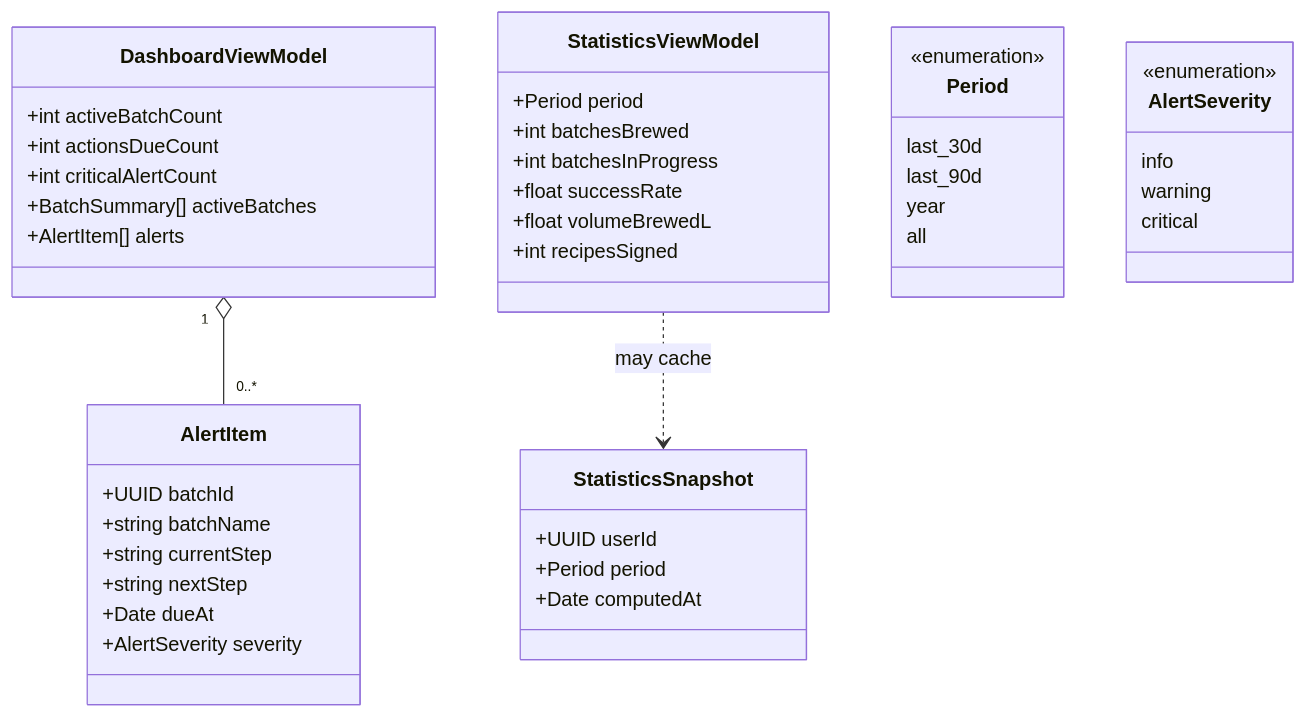
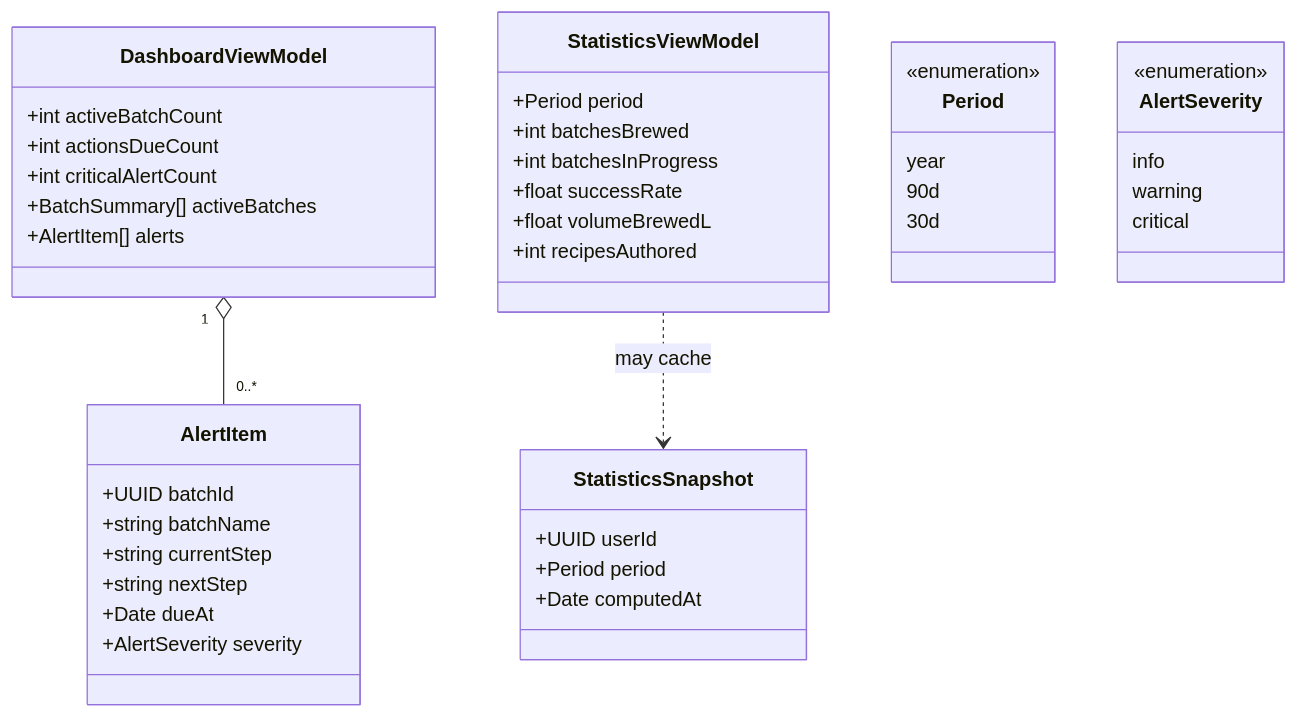
Before and after one commit to benoit-bremaud/brasse-bouillon: the diagram in docs/architecture/diagrams/dashboard/04-class.md, drawn with Mermaid. The commit also changed other lines of this file and 3 other files, not shown here.

````diff
--- a/docs/architecture/diagrams/dashboard/04-class.md
+++ b/docs/architecture/diagrams/dashboard/04-class.md
@@ -14,48 +14,47 @@
 ```mermaid
 classDiagram
   class DashboardViewModel {
     +int activeBatchCount
     +int actionsDueCount
     +int criticalAlertCount
     +BatchSummary[] activeBatches
     +AlertItem[] alerts
   }
   class AlertItem {
     +UUID batchId
     +string batchName
     +string currentStep
     +string nextStep
     +Date dueAt
     +AlertSeverity severity
   }
   class StatisticsViewModel {
     +Period period
     +int batchesBrewed
     +int batchesInProgress
     +float successRate
     +float volumeBrewedL
-    +int recipesSigned
+    +int recipesAuthored
   }
   class StatisticsSnapshot {
     +UUID userId
     +Period period
     +Date computedAt
   }
 
   DashboardViewModel "1" o-- "0..*" AlertItem
   StatisticsViewModel ..> StatisticsSnapshot : may cache
 
   class Period {
     <<enumeration>>
-    last_30d
-    last_90d
     year
-    all
+    90d
+    30d
   }
   class AlertSeverity {
     <<enumeration>>
     info
     warning
     critical
   }
 ```
````
